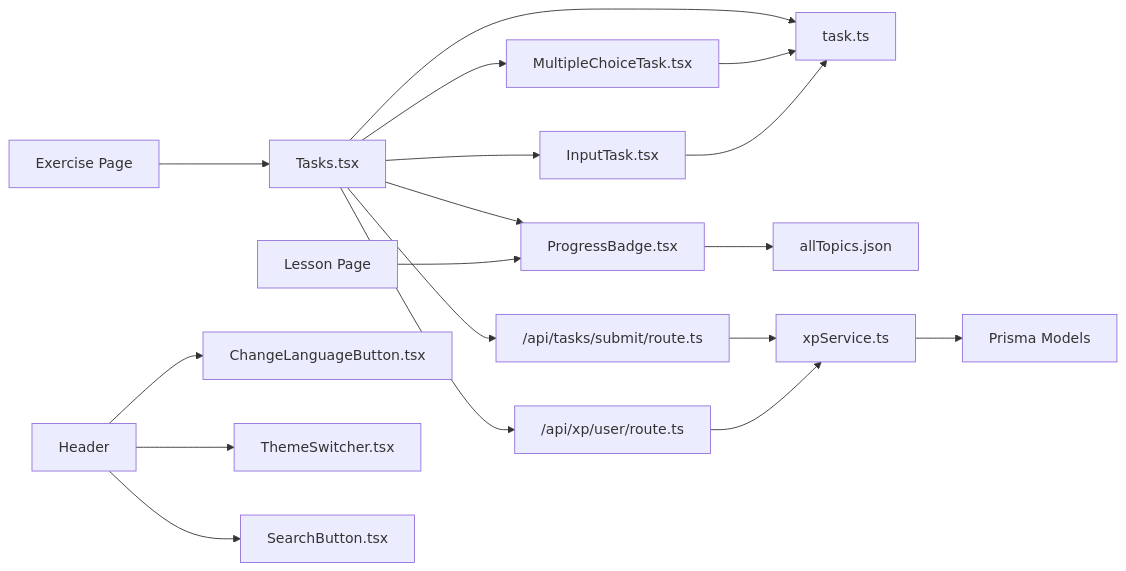
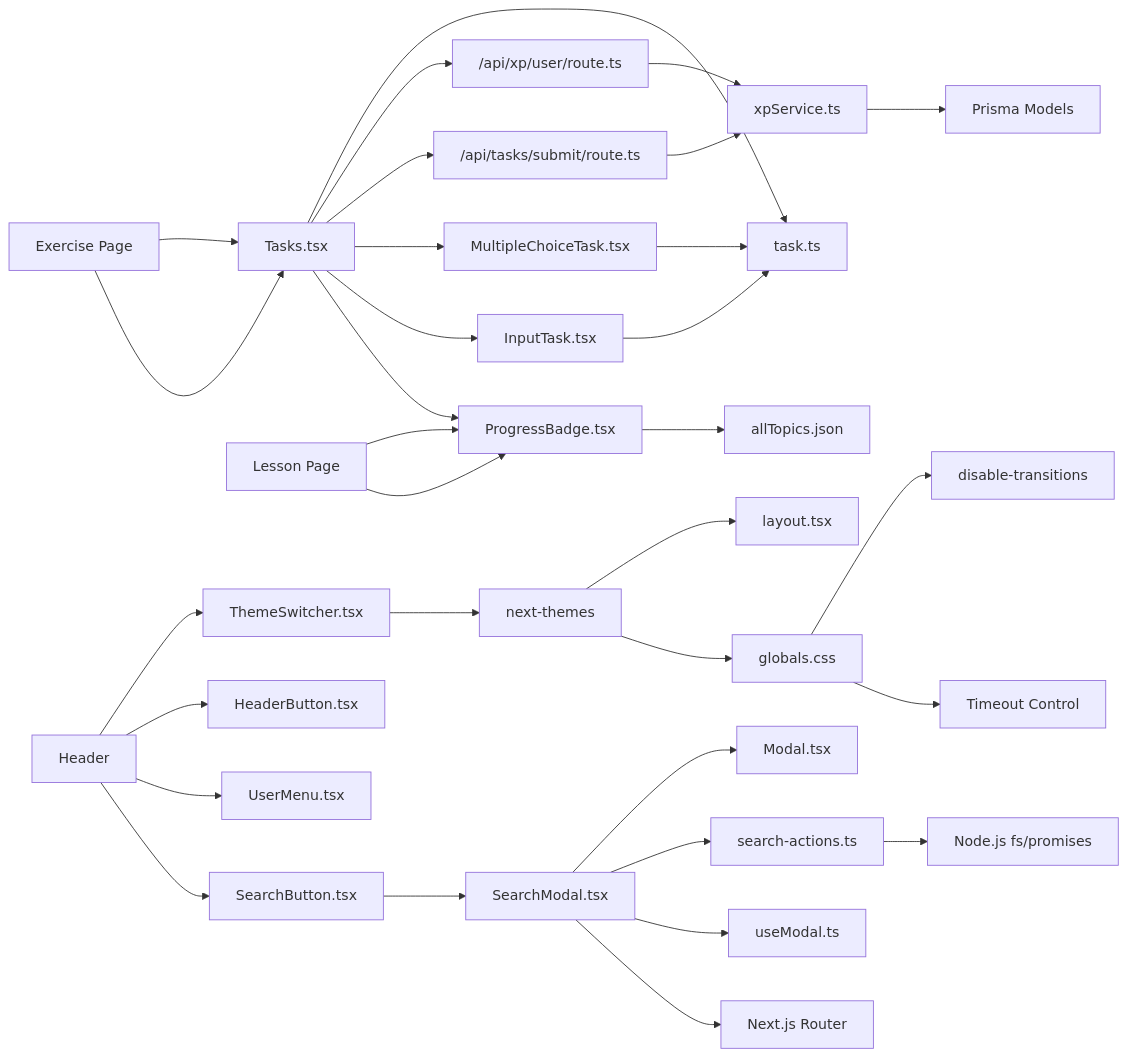
One commit to AlexKutz/math-app-next-js changed diagram 12 of 12 in .qoder/repowiki/en/content/Core Features/Learning Interface/Learning Interface.md. Above: the diagram before and after it, drawn with Mermaid. The commit also changed other lines of this file and 125 other files, not shown here.

````diff
--- a/.qoder/repowiki/en/content/Core Features/Learning Interface/Learning Interface.md
+++ b/.qoder/repowiki/en/content/Core Features/Learning Interface/Learning Interface.md
@@ -505,20 +767,34 @@
 ```mermaid
 graph LR
 Tasks["Tasks.tsx"] --> Types["task.ts"]
 Tasks --> XPAPI["/api/xp/user/route.ts"]
 Tasks --> SubmitAPI["/api/tasks/submit/route.ts"]
 Tasks --> MC["MultipleChoiceTask.tsx"]
 Tasks --> IT["InputTask.tsx"]
 Tasks --> PB["ProgressBadge.tsx"]
 PB --> Topics["allTopics.json"]
 MC --> Types
 IT --> Types
 SubmitAPI --> XPS["xpService.ts"]
 XPAPI --> XPS
 XPS --> Prisma["Prisma Models"]
 LP["Lesson Page"] --> PB
 EP["Exercise Page"] --> Tasks
-HB["Header"] --> CLB["ChangeLanguageButton.tsx"]
-HB --> HS["ThemeSwitcher.tsx"]
+HB["Header"] --> HS["ThemeSwitcher.tsx"]
+HB --> UB["HeaderButton.tsx"]
+HB --> UM["UserMenu.tsx"]
 HB --> SB["SearchButton.tsx"]
+SB --> SM["SearchModal.tsx"]
+SM --> MODAL["Modal.tsx"]
+SM --> SA["search-actions.ts"]
+SM --> USEMODAL["useModal.ts"]
+SA --> FS["Node.js fs/promises"]
+SM --> ROUTER["Next.js Router"]
+LP --> PB
+EP --> Tasks
+HS --> THEME["next-themes"]
+THEME --> LAYOUT["layout.tsx"]
+THEME --> CSS["globals.css"]
+CSS --> TRANS["disable-transitions"]
+CSS --> TIMEOUT["Timeout Control"]
 ```
````
